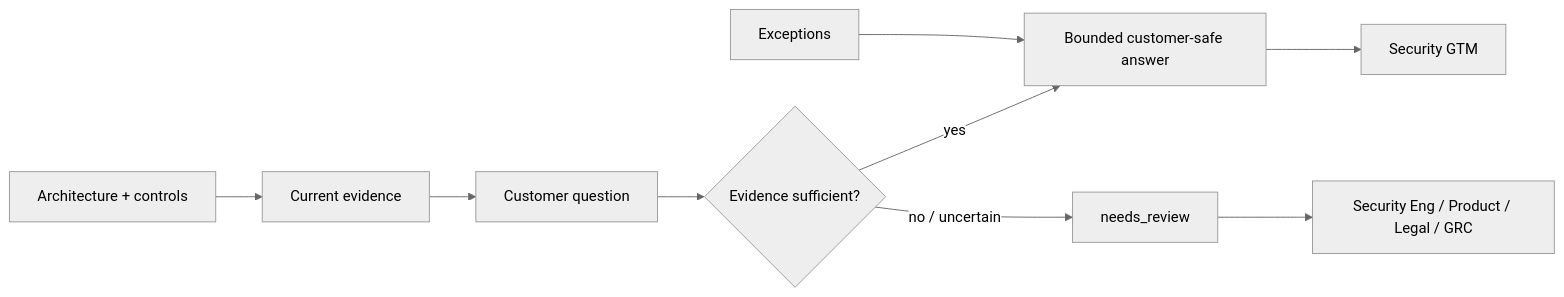
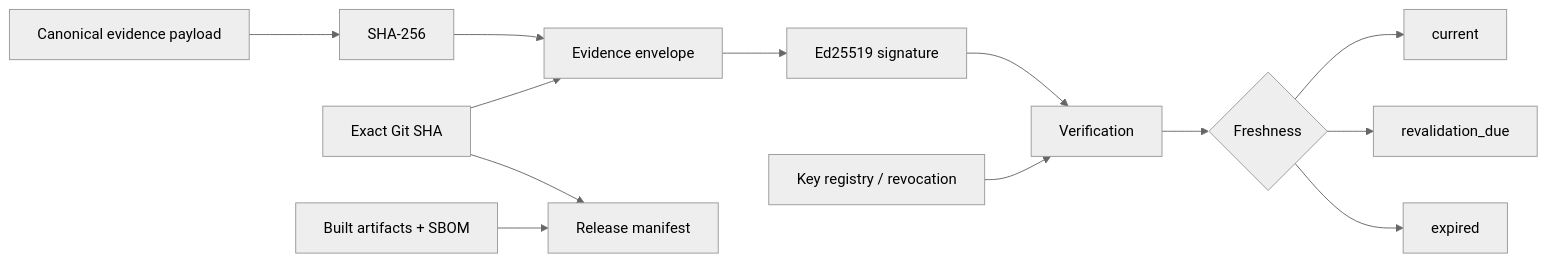
The diagram in README.md (bilgekayali/SaaSSecOps), drawn with Mermaid (neutral theme) before and after one commit. The commit also changed other lines of this file and 22 other files, not shown here.

````diff
--- a/README.md
+++ b/README.md
@@ -18,11 +18,15 @@
 ```mermaid
 flowchart LR
-    ARCH[Architecture + controls] --> EVIDENCE[Current evidence]
-    EVIDENCE --> Q[Customer question]
-    Q --> DECIDE{Evidence sufficient?}
-    DECIDE -->|yes| ANSWER[Bounded customer-safe answer]
-    DECIDE -->|no / uncertain| REVIEW[needs_review]
-    REVIEW --> OWNER[Security Eng / Product / Legal / GRC]
-    EX[Exceptions] --> ANSWER
-    ANSWER --> GTM[Security GTM]
+    SRC[Exact Git SHA] --> ENV[Evidence envelope]
+    PAYLOAD[Canonical evidence payload] --> HASH[SHA-256]
+    HASH --> ENV
+    ENV --> SIGN[Ed25519 signature]
+    KEYS[Key registry / revocation] --> VERIFY[Verification]
+    SIGN --> VERIFY
+    VERIFY --> FRESH{Freshness}
+    FRESH --> CURRENT[current]
+    FRESH --> REVAL[revalidation_due]
+    FRESH --> EXPIRED[expired]
+    DIST[Built artifacts + SBOM] --> REL[Release manifest]
+    SRC --> REL
 ```
````
